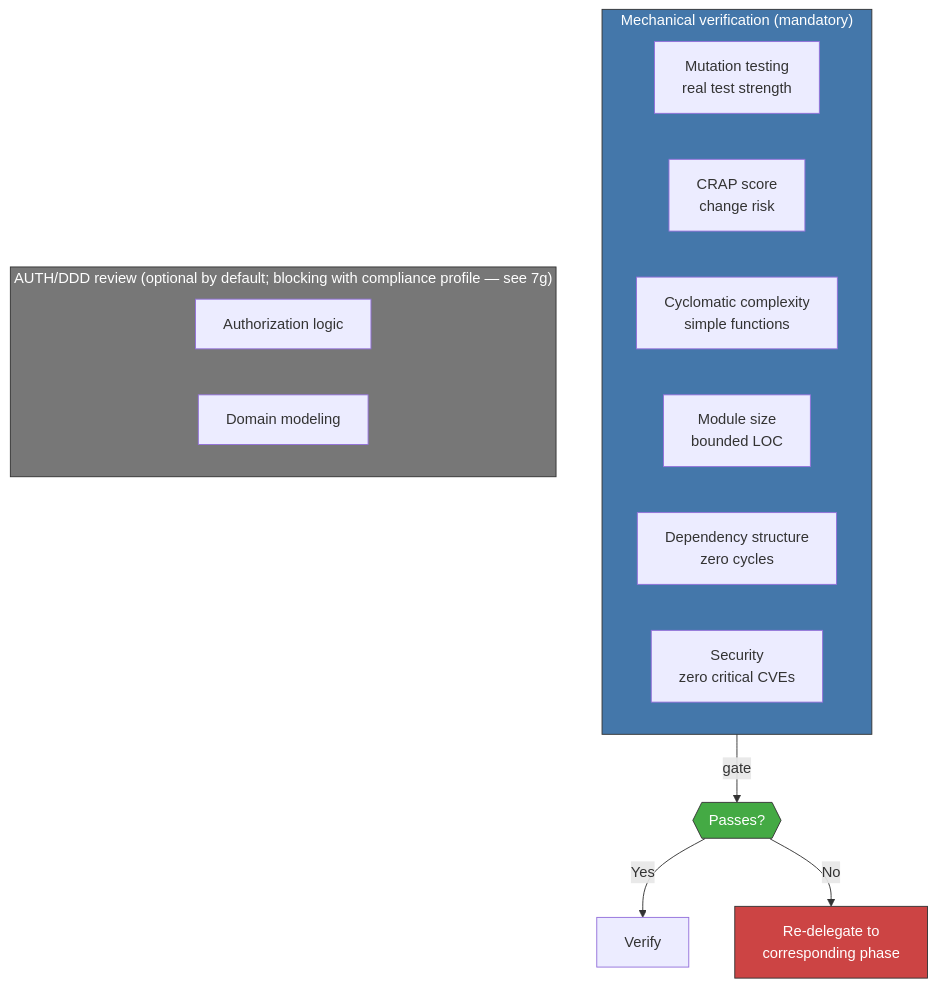
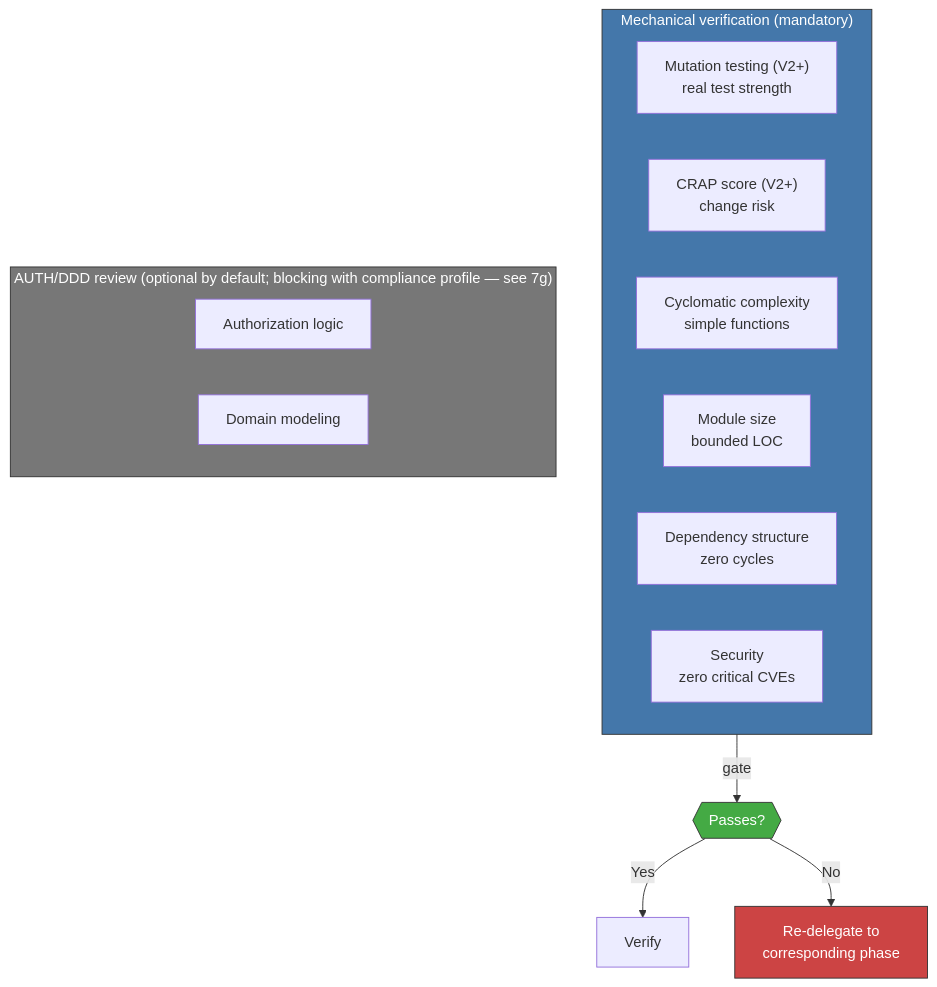
One commit to virgenherrera/virgil changed diagram 41 of 48 in docs/reference/principia/constitution.md. Above: the diagram before and after it, drawn with Mermaid. The commit also changed other lines of this file and 3 other files, not shown here.

First line of the commit message:
docs: constitutional amendment — CLI architecture alignment

````diff
--- a/docs/reference/principia/constitution.md
+++ b/docs/reference/principia/constitution.md
@@ -1570,25 +1617,25 @@
 ```mermaid
 flowchart TD
     subgraph MECANICO["Mechanical verification (mandatory)"]
-        MUT["Mutation testing\nreal test strength"]
-        CRAP["CRAP score\nchange risk"]
+        MUT["Mutation testing (V2+)\nreal test strength"]
+        CRAP["CRAP score (V2+)\nchange risk"]
         CYCL["Cyclomatic complexity\nsimple functions"]
         SIZE["Module size\nbounded LOC"]
         DEPS["Dependency structure\nzero cycles"]
         SEC["Security\nzero critical CVEs"]
     end
 
     subgraph RESIDUAL["AUTH/DDD review (optional by default; blocking with compliance profile — see 7g)"]
         AUTH["Authorization logic"]
         DDD["Domain modeling"]
     end
 
     MECANICO -->|"gate"| PASS{{"Passes?"}}
     PASS -->|"Yes"| VERIFY["Verify"]
     PASS -->|"No"| BACK["Re-delegate to\ncorresponding phase"]
 
     style MECANICO fill:#47a,stroke:#333,color:#fff
     style RESIDUAL fill:#777,stroke:#333,color:#fff
     style PASS fill:#4a4,stroke:#333,color:#fff
     style BACK fill:#c44,stroke:#333,color:#fff
 ```
````
